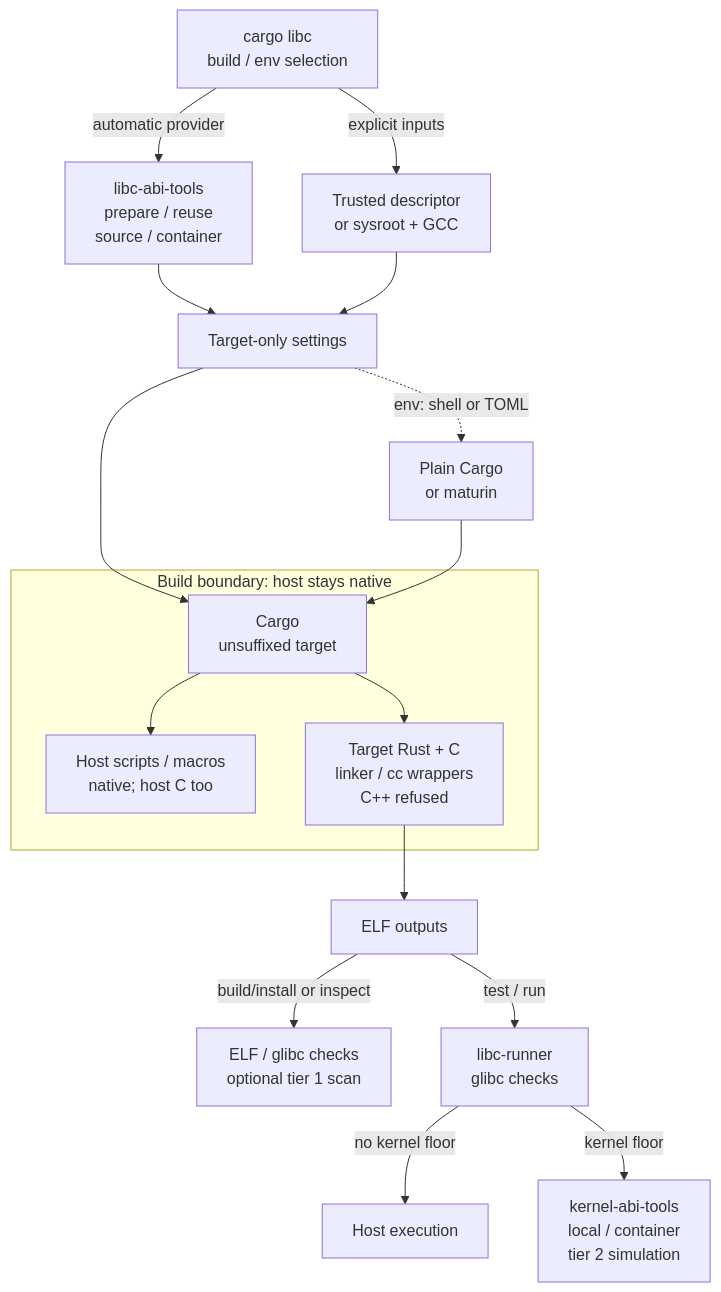
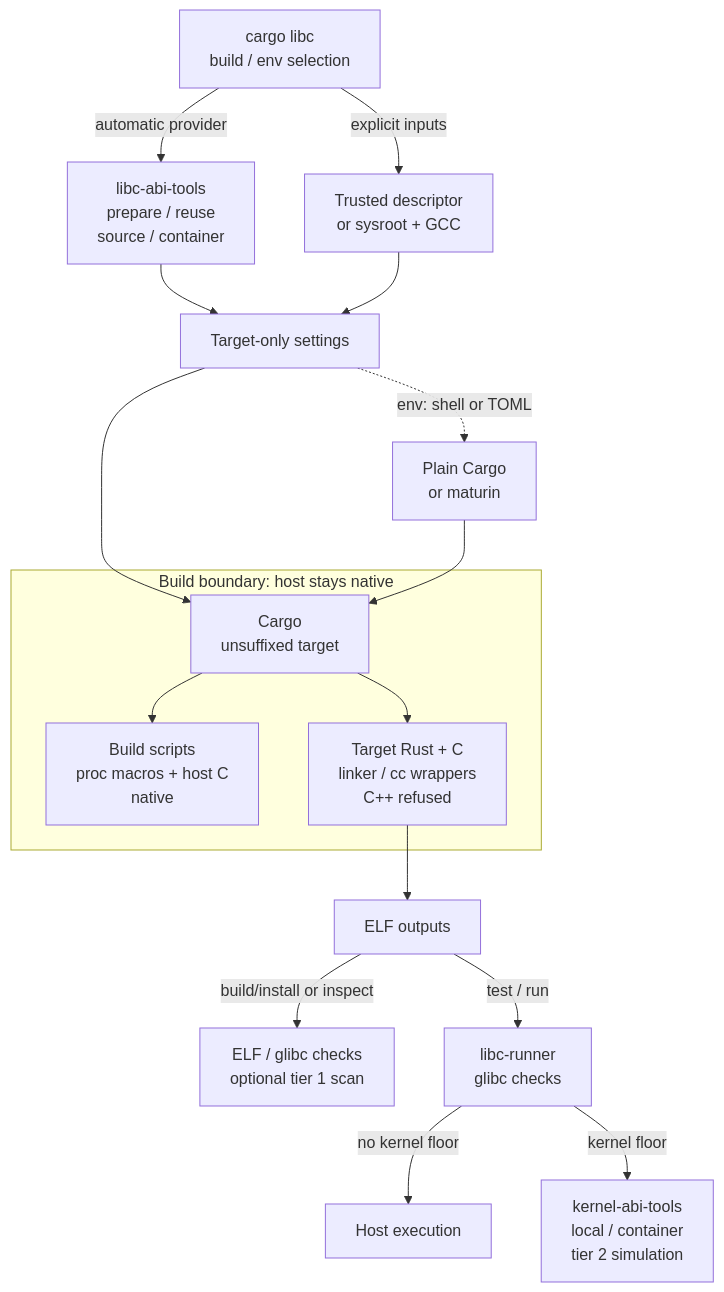
Before and after one commit to rustcommons/cargo-libc: the diagram in ARCHITECTURE.md, drawn with Mermaid.

Commit message:
Name procedural macros explicitly in the host boundary [skip ci]

````diff
--- a/ARCHITECTURE.md
+++ b/ARCHITECTURE.md
@@ -24,24 +24,24 @@
 ```mermaid
 flowchart TB
     CLI["cargo libc<br/>build / env selection"]
     AUTO["libc-abi-tools<br/>prepare / reuse<br/>source / container"]
     INPUT["Trusted descriptor<br/>or sysroot + GCC"]
     CFG["Target-only settings"]
     CLI -->|automatic provider| AUTO
     CLI -->|explicit inputs| INPUT
     AUTO --> CFG
     INPUT --> CFG
     CFG --> CARGO
     CFG -. "env: shell or TOML" .-> PLAIN["Plain Cargo<br/>or maturin"]
     PLAIN --> CARGO
     subgraph BUILD["Build boundary: host stays native"]
         CARGO["Cargo<br/>unsuffixed target"]
-        CARGO --> HOST["Host scripts / macros<br/>native; host C too"]
+        CARGO --> HOST["Build scripts<br/>proc macros + host C<br/>native"]
         CARGO --> TARGET["Target Rust + C<br/>linker / cc wrappers<br/>C++ refused"]
     end
     TARGET --> ELF["ELF outputs"]
     ELF -->|"build/install or inspect"| REPORT["ELF / glibc checks<br/>optional tier 1 scan"]
     ELF -->|"test / run"| RUNNER["libc-runner<br/>glibc checks"]
     RUNNER -->|no kernel floor| HOSTRUN["Host execution"]
     RUNNER -->|kernel floor| SIM["kernel-abi-tools<br/>local / container<br/>tier 2 simulation"]
 ```
````
